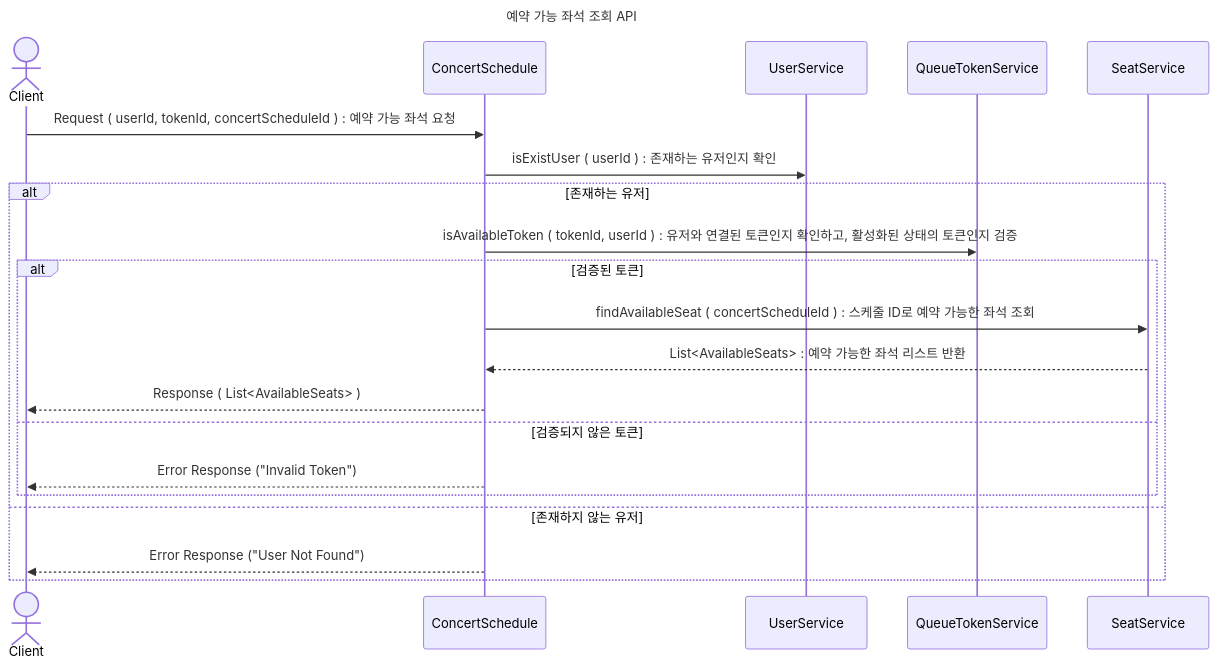
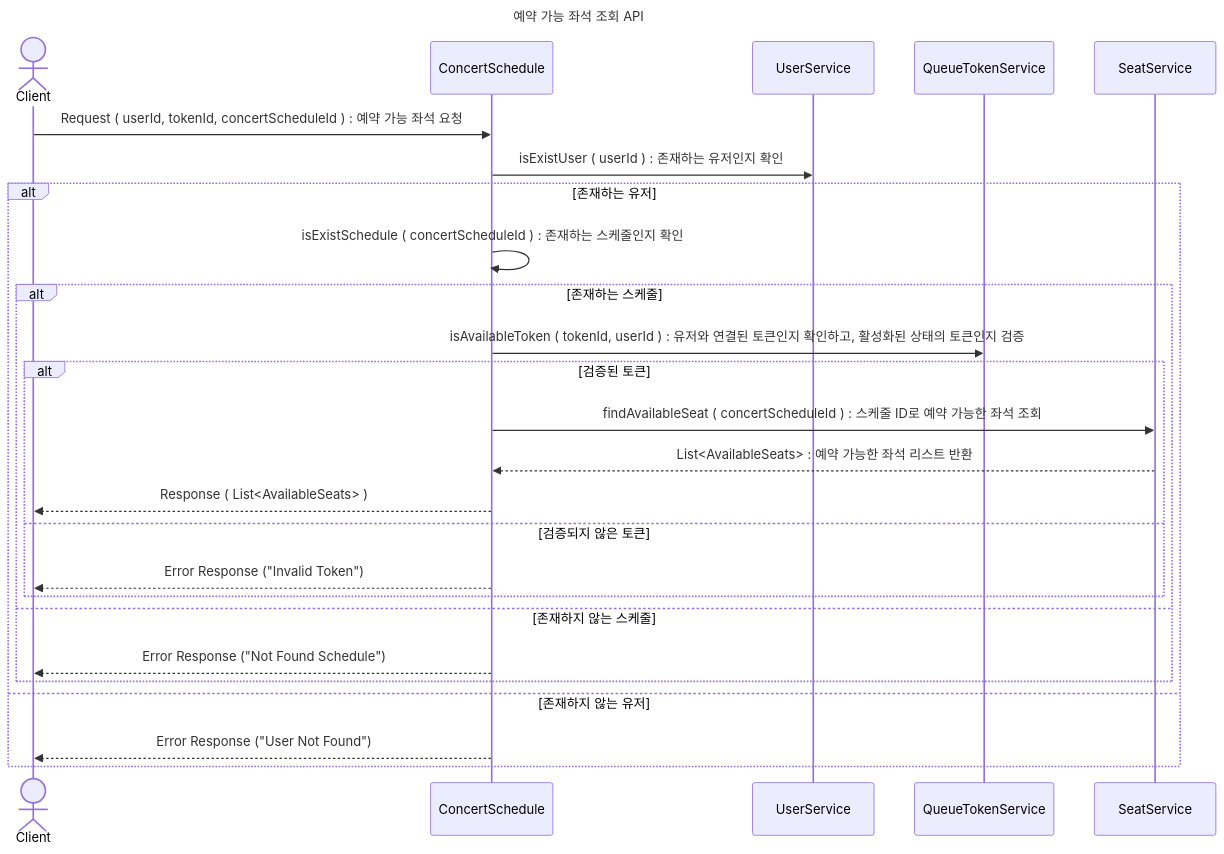
The diagram in design/sequence_diagram/예약_가능_좌석_조회_API.md (GustavEiffels/hhplus_server_build), drawn with Mermaid before and after one commit. The commit also changed 2 other files, not shown here.

Commit message:
[fix] 작성한 시퀀스 다이어그램 전체적으로 수정

````diff
--- a/design/sequence_diagram/예약_가능_좌석_조회_API.md
+++ b/design/sequence_diagram/예약_가능_좌석_조회_API.md
@@ -1,33 +1,38 @@
 ```mermaid
 ---
 title: 예약 가능 좌석 조회 API  
 ---
 sequenceDiagram
     Actor cl as Client
     participant sch as ConcertSchedule
     participant us as UserService
     participant qu as QueueTokenService 
     participant se as SeatService 
     
     cl->>sch : Request ( userId, tokenId, concertScheduleId ) : 예약 가능 좌석 요청 
     sch->>us : isExistUser ( userId ) : 존재하는 유저인지 확인 
 
     alt 존재하는 유저
-        sch->>qu : isAvailableToken ( tokenId, userId ) : 유저와 연결된 토큰인지 확인하고, 활성화된 상태의 토큰인지 검증
+        sch->>sch: isExistSchedule ( concertScheduleId ) : 존재하는 스케줄인지 확인 
+        alt 존재하는 스케줄 
+            sch->>qu : isAvailableToken ( tokenId, userId ) : 유저와 연결된 토큰인지 확인하고, 활성화된 상태의 토큰인지 검증
 
-        alt 검증된 토큰 
-            sch->>se : findAvailableSeat ( concertScheduleId ) : 스케줄 ID로 예약 가능한 좌석 조회
-            se-->>sch : List<AvailableSeats> : 예약 가능한 좌석 리스트 반환
-            sch-->>cl : Response ( List<AvailableSeats> )
+            alt 검증된 토큰 
+                sch->>se : findAvailableSeat ( concertScheduleId ) : 스케줄 ID로 예약 가능한 좌석 조회
+                se-->>sch : List<AvailableSeats> : 예약 가능한 좌석 리스트 반환
+                sch-->>cl : Response ( List<AvailableSeats> )
 
-        else 검증되지 않은 토큰 
-            sch-->> cl : Error Response ("Invalid Token")
-        end 
+            else 검증되지 않은 토큰 
+                sch-->> cl : Error Response ("Invalid Token")
+            end 
 
+        else 존재하지 않는 스케줄 
+            sch-->> cl : Error Response ("Not Found Schedule")
+        end
 
     else 존재하지 않는 유저 
     
         sch-->>cl :  Error Response ("User Not Found")
     end 
                    
 ```
````
